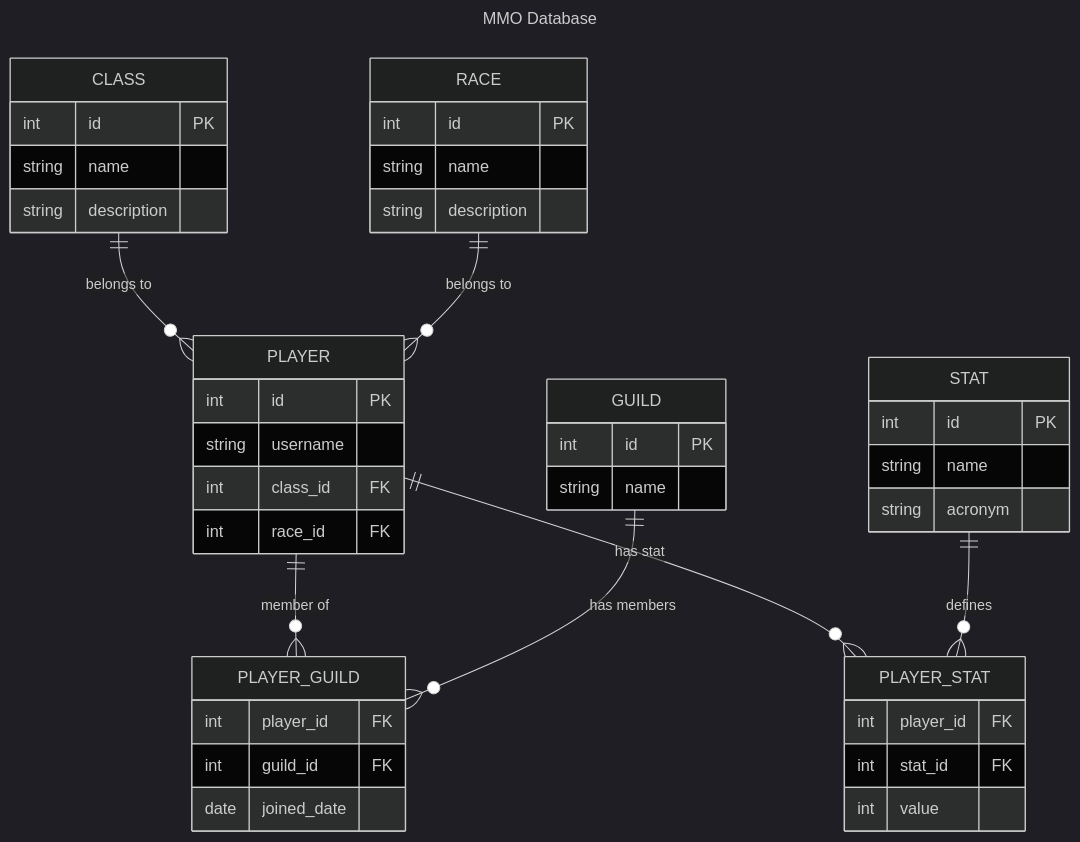
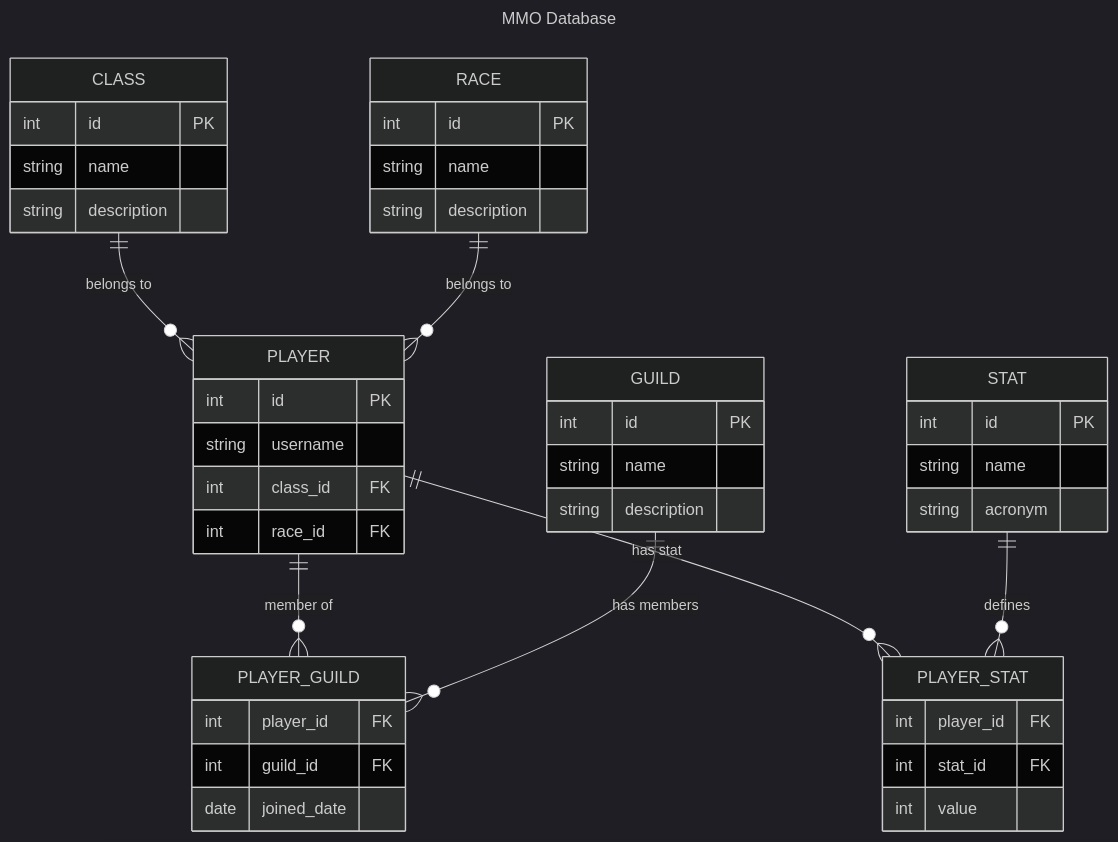
One commit to maik-hasler/vocational-training-resources changed the diagram in sql/README.md. Above: the diagram before and after it, drawn with Mermaid (dark theme). The commit also changed other lines of this file and 2 other files, not shown here.

````diff
--- a/sql/README.md
+++ b/sql/README.md
@@ -1,54 +45,55 @@
 ```mermaid
 ---
 title: MMO Database
 ---
 erDiagram
     "CLASS" {
         int id PK
         string name
         string description
     }
 
     RACE {
         int id PK
         string name
         string description
     }
 
     PLAYER {
         int id PK
         string username
         int class_id FK
         int race_id FK
     }
 
     GUILD {
         int id PK
         string name
+        string description
     }
 
     PLAYER_GUILD {
         int player_id FK
         int guild_id FK
         date joined_date
     }
 
     STAT {
         int id PK
         string name
         string acronym
     }
 
     PLAYER_STAT {
         int player_id FK
         int stat_id FK
         int value
     }
 
     "CLASS" ||--o{ PLAYER : "belongs to"
     RACE ||--o{ PLAYER : "belongs to"
     PLAYER ||--o{ PLAYER_GUILD : "member of"
     GUILD ||--o{ PLAYER_GUILD : "has members"
     PLAYER ||--o{ PLAYER_STAT : "has stat"
     STAT ||--o{ PLAYER_STAT : "defines"
 ```
````
